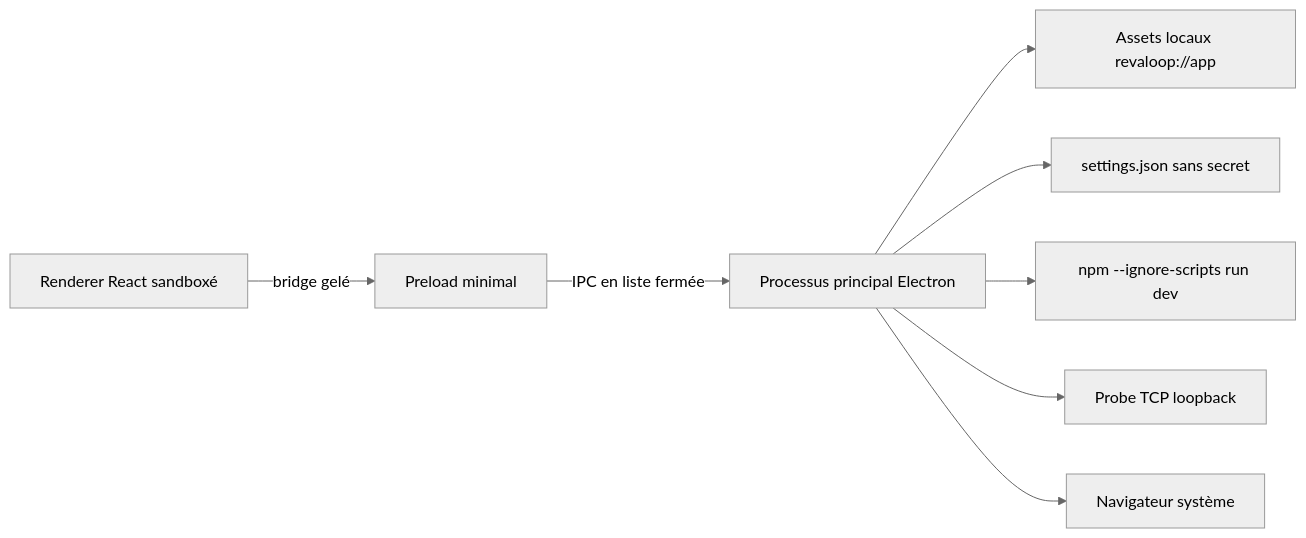
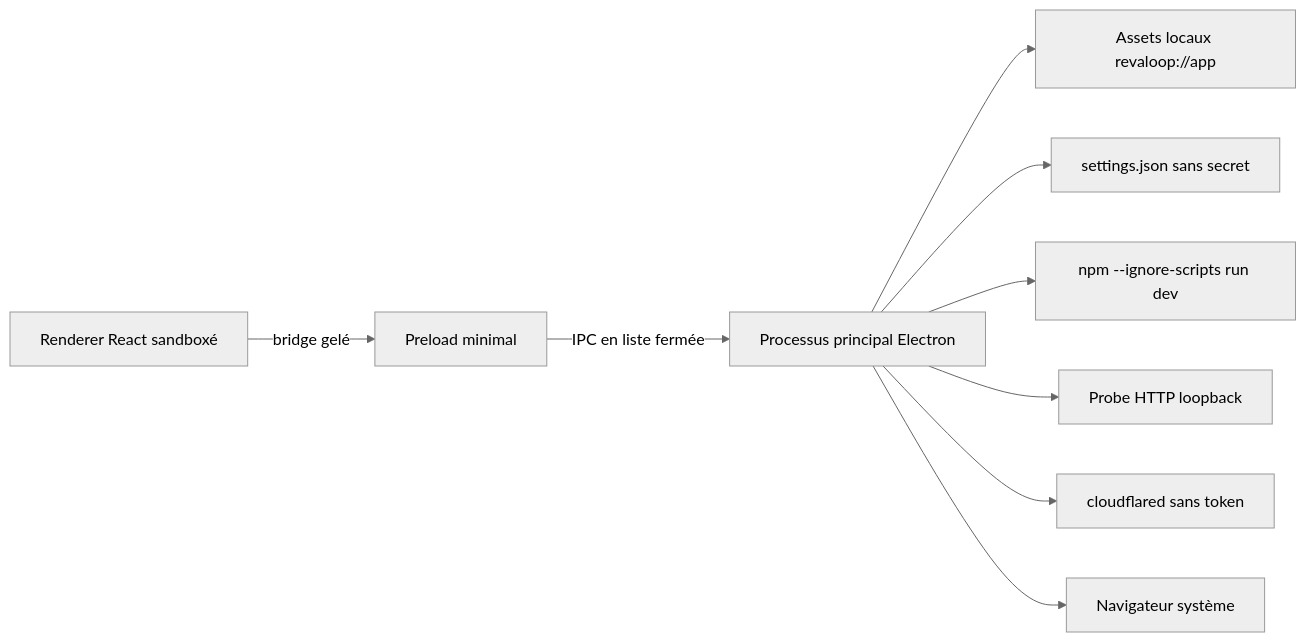
One commit to rfielbal/Revaloop changed the second of 4 diagrams in docs/ARCHITECTURE.md. Above: the diagram before and after it, drawn with Mermaid (neutral theme). The commit also changed other lines of this file and 65 other files, not shown here.

````diff
--- a/docs/ARCHITECTURE.md
+++ b/docs/ARCHITECTURE.md
@@ -71,10 +75,11 @@
 ```mermaid
 flowchart LR
     renderer["Renderer React sandboxé"] -->|"bridge gelé"| preload["Preload minimal"]
     preload -->|"IPC en liste fermée"| main["Processus principal Electron"]
     main --> assets["Assets locaux revaloop://app"]
     main --> settings["settings.json sans secret"]
     main --> npm["npm --ignore-scripts run dev"]
-    main --> probe["Probe TCP loopback"]
+    main --> probe["Probe HTTP loopback"]
+    main --> tunnel["cloudflared sans token"]
     main --> browser["Navigateur système"]
 ```
````
